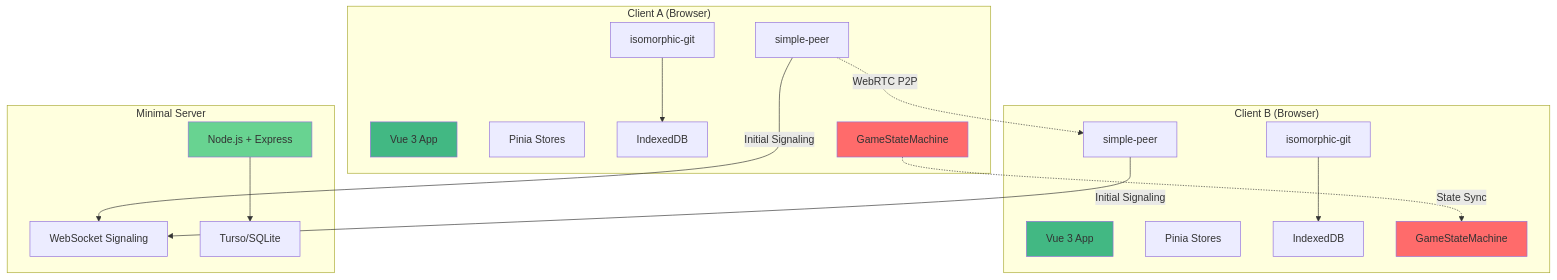
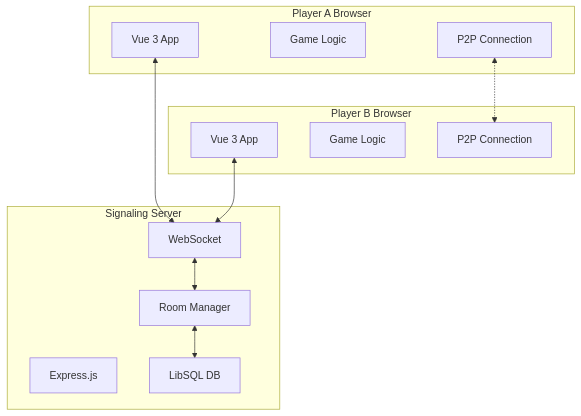
The diagram in docs/ARCHITECTURE.md (mrsimpson/strateturn), drawn with Mermaid before and after one commit. The commit also changed other lines of this file and 9 other files, not shown here.

````diff
--- a/docs/ARCHITECTURE.md
+++ b/docs/ARCHITECTURE.md
@@ -18,40 +14,27 @@
 ```mermaid
 graph TB
-    subgraph "Client A (Browser)"
+    subgraph "Player A Browser"
         A1[Vue 3 App]
-        A2[Pinia Stores]
-        A3[isomorphic-git]
-        A4[IndexedDB]
-        A5[simple-peer]
-        A6[GameStateMachine]
+        A2[Game Logic]
+        A3[P2P Connection]
     end
     
-    subgraph "Client B (Browser)"
+    subgraph "Player B Browser"
         B1[Vue 3 App]
-        B2[Pinia Stores]
-        B3[isomorphic-git]
-        B4[IndexedDB]
-        B5[simple-peer]
-        B6[GameStateMachine]
+        B2[Game Logic]
+        B3[P2P Connection]
     end
     
-    subgraph "Minimal Server"
-        S1[Node.js + Express]
-        S2[WebSocket Signaling]
-        S3[Turso/SQLite]
+    subgraph "Signaling Server"
+        S1[Express.js]
+        S2[WebSocket]
+        S3[Room Manager]
+        S4[LibSQL DB]
     end
     
-    A5 -.->|WebRTC P2P| B5
-    A5 -->|Initial Signaling| S2
-    B5 -->|Initial Signaling| S2
-    S1 --> S3
-    A3 --> A4
-    B3 --> B4
-    A6 -.->|State Sync| B6
-    
-    style A1 fill:#42b883
-    style B1 fill:#42b883
-    style S1 fill:#68d391
-    style A6 fill:#ff6b6b
-    style B6 fill:#ff6b6b
+    A1 <--> S2
+    B1 <--> S2
+    A3 <-.-> B3
+    S2 <--> S3
+    S3 <--> S4
 ```
````
